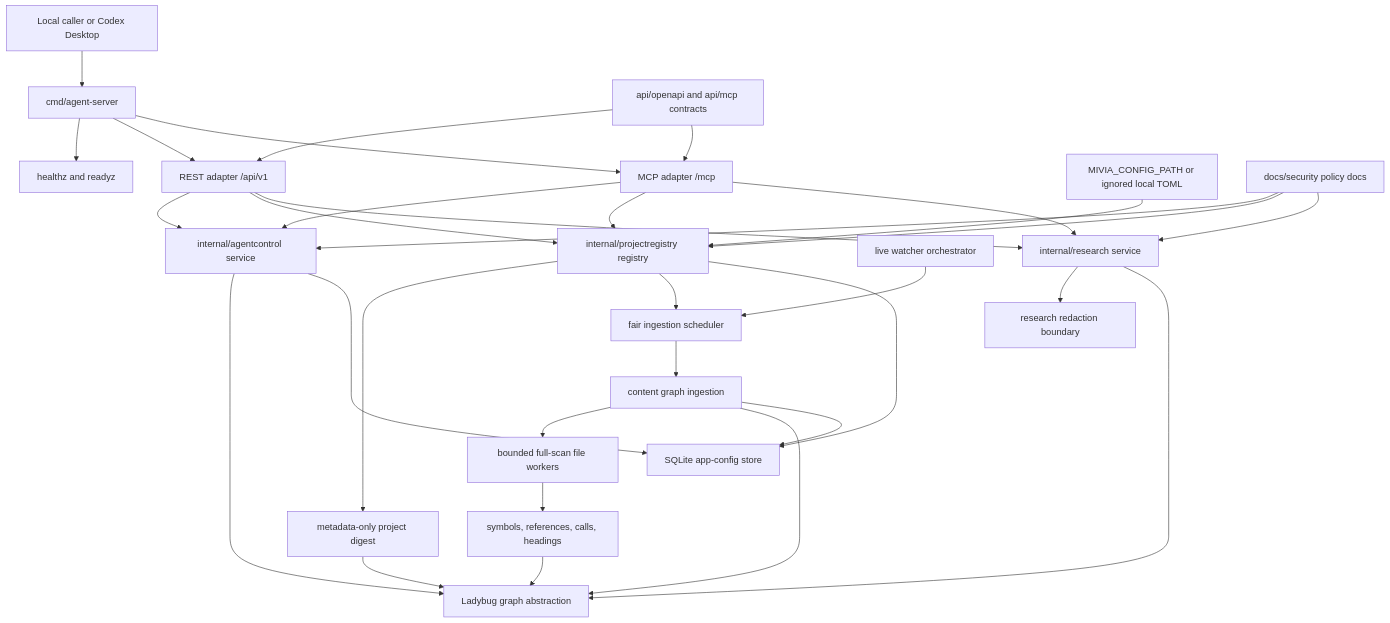
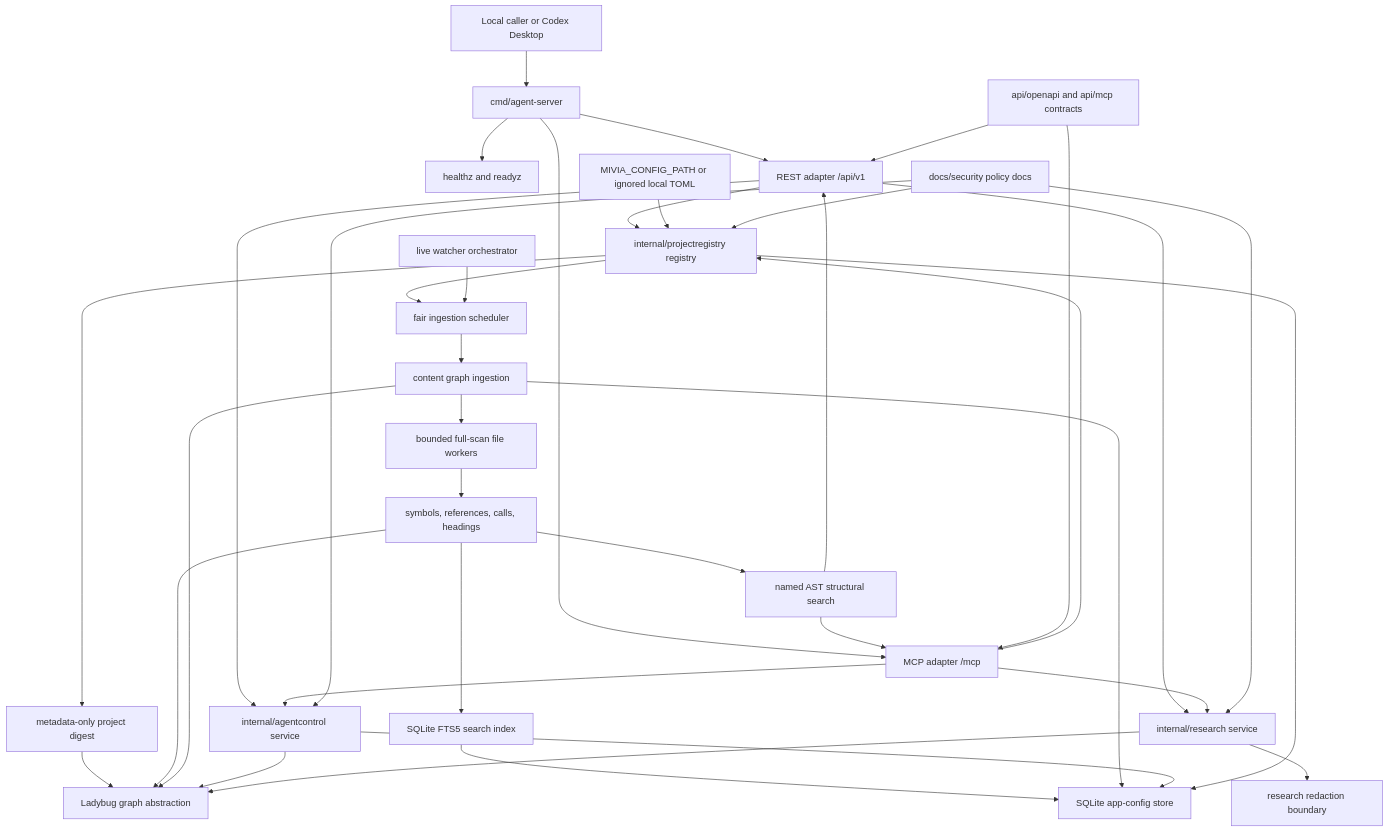
The first of 6 diagrams in docs/architecture/system-architecture.md (MiviaLabs/go-mivia), drawn with Mermaid before and after one commit. The commit also changed other lines of this file and 8 other files, not shown here.

````diff
--- a/docs/architecture/system-architecture.md
+++ b/docs/architecture/system-architecture.md
@@ -26,55 +26,62 @@
 ```mermaid
 flowchart TB
   LocalClient["Local caller or Codex Desktop"]
   Server["cmd/agent-server"]
   Health["healthz and readyz"]
   REST["REST adapter /api/v1"]
   MCP["MCP adapter /mcp"]
   AgentService["internal/agentcontrol service"]
   ProjectRegistry["internal/projectregistry registry"]
   ProjectDigest["metadata-only project digest"]
   ProjectIngestion["content graph ingestion"]
   Scheduler["fair ingestion scheduler"]
   Watcher["live watcher orchestrator"]
   FullScanWorkers["bounded full-scan file workers"]
   SemanticGraph["symbols, references, calls, headings"]
+  SearchIndex["SQLite FTS5 search index"]
+  ASTSearch["named AST structural search"]
   ResearchService["internal/research service"]
   Redaction["research redaction boundary"]
   Ladybug["Ladybug graph abstraction"]
   SQLite["SQLite app-config store"]
   ConfigFile["MIVIA_CONFIG_PATH or ignored local TOML"]
   Contracts["api/openapi and api/mcp contracts"]
   SecurityDocs["docs/security policy docs"]
 
   LocalClient --> Server
   Server --> Health
   Server --> REST
   Server --> MCP
   REST --> AgentService
   MCP --> AgentService
   REST --> ProjectRegistry
   MCP --> ProjectRegistry
   ProjectRegistry --> ProjectDigest
   ProjectDigest --> Ladybug
   ProjectRegistry --> Scheduler
   Watcher --> Scheduler
   Scheduler --> ProjectIngestion
   ProjectIngestion --> FullScanWorkers
   FullScanWorkers --> SemanticGraph
   SemanticGraph --> Ladybug
+  SemanticGraph --> SearchIndex
+  SearchIndex --> SQLite
+  SemanticGraph --> ASTSearch
+  ASTSearch --> REST
+  ASTSearch --> MCP
   ProjectIngestion --> Ladybug
   ProjectIngestion --> SQLite
   ConfigFile --> ProjectRegistry
   REST --> ResearchService
   MCP --> ResearchService
   ResearchService --> Redaction
   AgentService --> Ladybug
   ResearchService --> Ladybug
   AgentService --> SQLite
   ProjectRegistry --> SQLite
   Contracts --> REST
   Contracts --> MCP
   SecurityDocs --> AgentService
   SecurityDocs --> ProjectRegistry
   SecurityDocs --> ResearchService
 ```
````
